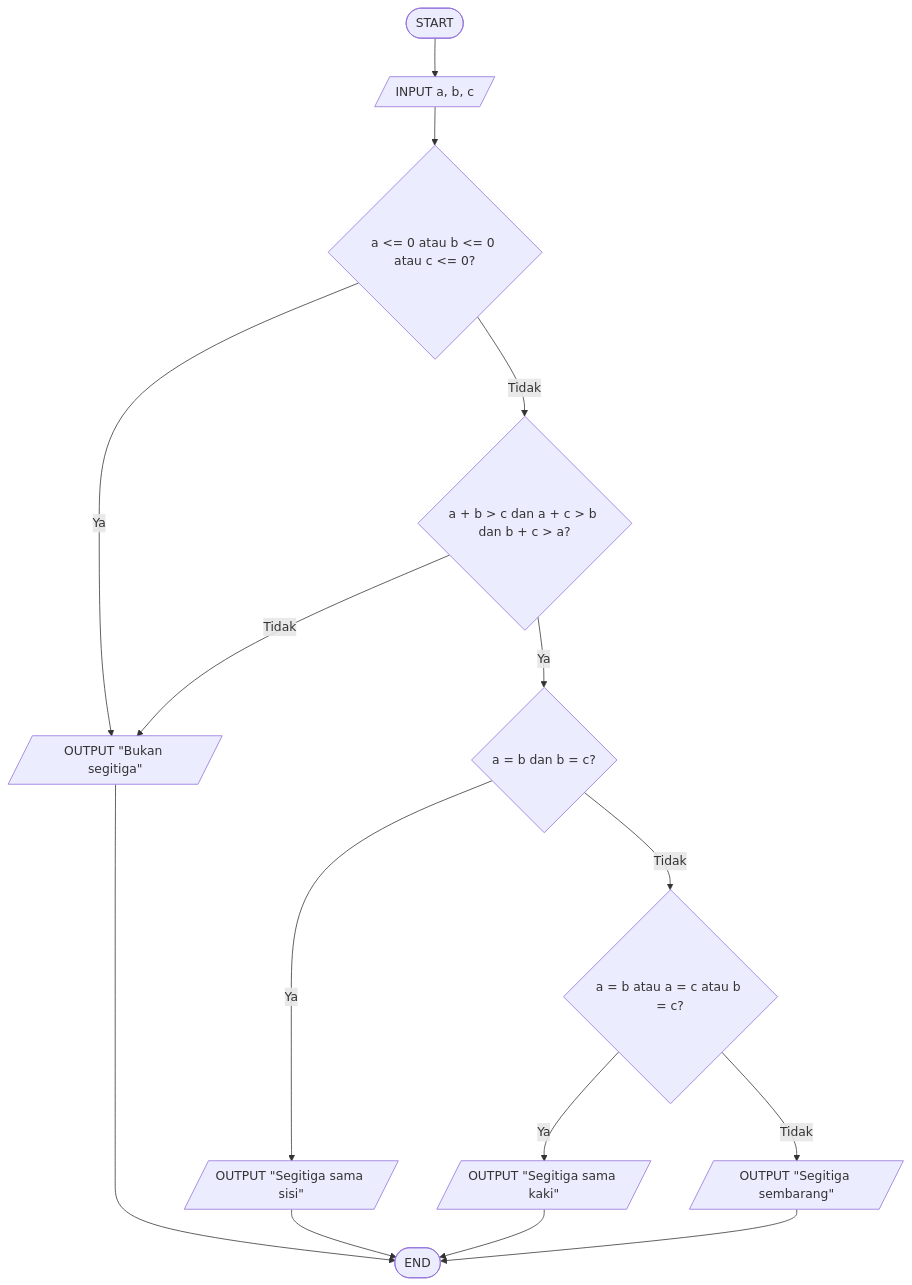
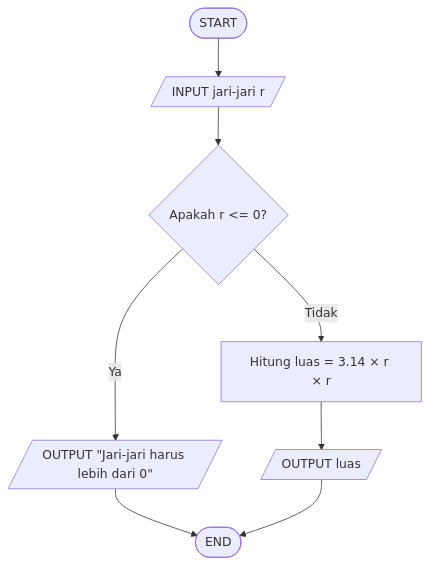
One commit to AzizahNurKholishah/ALGORITMA_PEMOGRAMAN_3E changed the diagram in README.md. Above: the diagram before and after it, drawn with Mermaid. The commit also changed other lines of this file, not shown here.

````diff
--- a/README.md
+++ b/README.md
@@ -44,22 +34,13 @@
 ```mermaid
 flowchart TD
-    A([START]) --> B[/INPUT a, b, c/]
-    B --> C{a <= 0 atau b <= 0 atau c <= 0?}
+    A([START]) --> B[/INPUT jari-jari r/]
+    B --> C{Apakah r <= 0?}
 
-    C -->|Ya| D[/OUTPUT "Bukan segitiga"/]
-    C -->|Tidak| E{a + b > c dan a + c > b dan b + c > a?}
+    C -->|Ya| D[/OUTPUT "Jari-jari harus lebih dari 0"/]
+    C -->|Tidak| E[Hitung luas = 3.14 × r × r]
 
-    E -->|Tidak| D
-    E -->|Ya| F{a = b dan b = c?}
+    E --> F[/OUTPUT luas/]
 
-    F -->|Ya| G[/OUTPUT "Segitiga sama sisi"/]
-    F -->|Tidak| H{a = b atau a = c atau b = c?}
-
-    H -->|Ya| I[/OUTPUT "Segitiga sama kaki"/]
-    H -->|Tidak| J[/OUTPUT "Segitiga sembarang"/]
-
-    D --> K([END])
-    G --> K
-    I --> K
-    J --> K
+    D --> G([END])
+    F --> G
 ```
````
